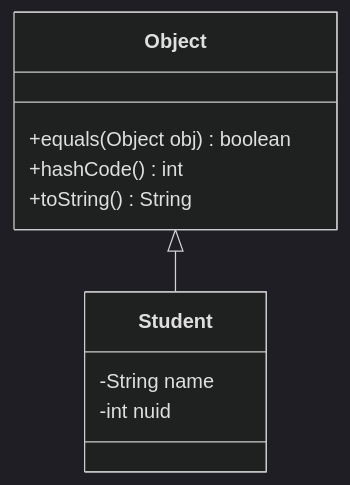
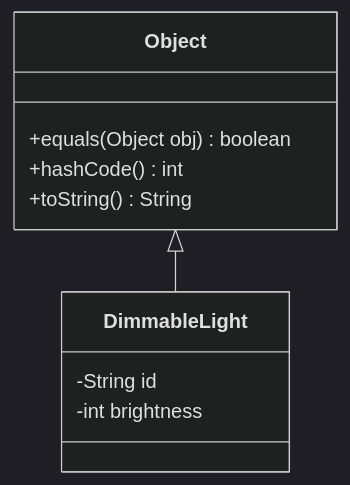
One commit to neu-pdi/cs3100-public-resources changed the first of 2 diagrams in lecture-slides-spertus/l4-specs-contracts.mdx. Above: the diagram before and after it, drawn with Mermaid (dark theme). The commit also changed other lines of this file and 9 other files, not shown here.

````diff
--- a/lecture-slides-spertus/l4-specs-contracts.mdx
+++ b/lecture-slides-spertus/l4-specs-contracts.mdx
@@ -1704,13 +1767,13 @@
 ```mermaid
 classDiagram
-    Object <|-- Student
+    Object <|-- DimmableLight
     class Object {
         +equals(Object obj) boolean
         +hashCode() int
         +toString() String
     }
-    class Student {
-        -String name
-        -int nuid
+    class DimmableLight {
+        -String id
+        -int brightness
     }
 ```
````
